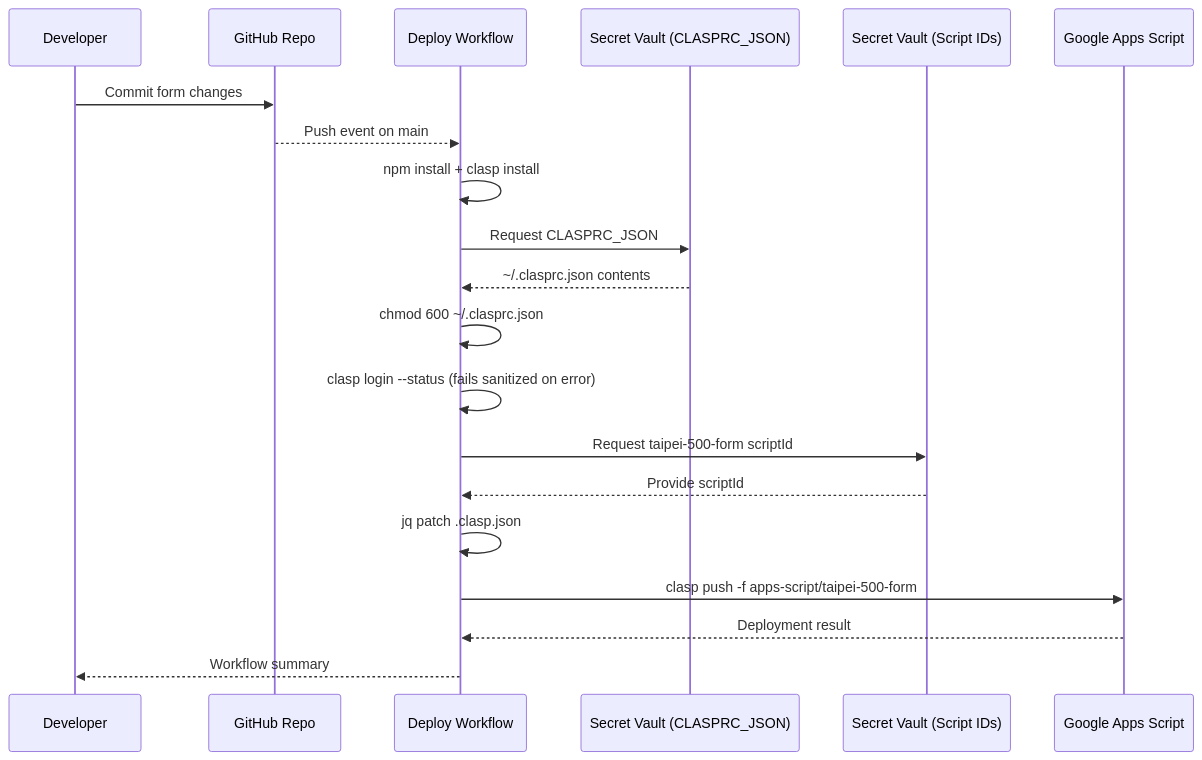
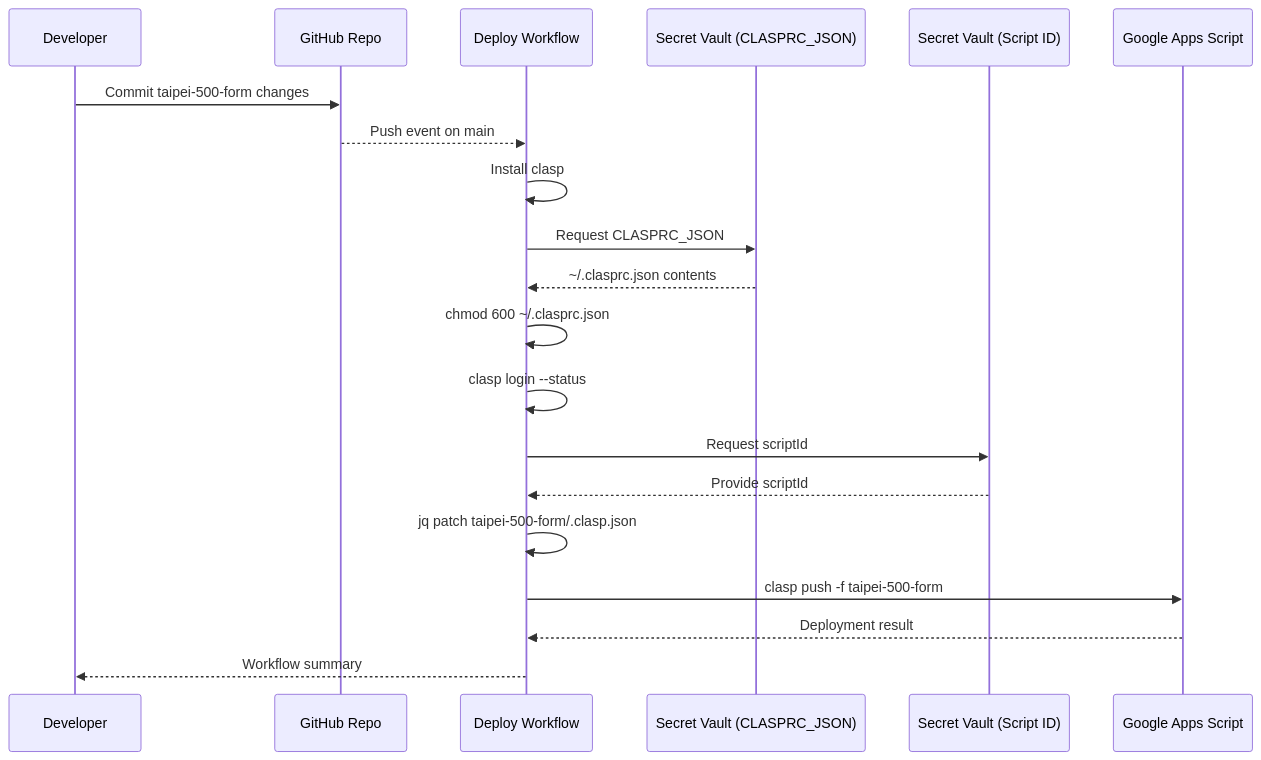
Before and after one commit to muyueh/Codex-web-Google-App-Script: the third of 5 diagrams in README.md, drawn with Mermaid. The commit also changed other lines of this file and 6 other files, not shown here.

Commit message:
Flatten taipei 500 form project layout

````diff
--- a/README.md
+++ b/README.md
@@ -36,22 +38,22 @@
 ```mermaid
 sequenceDiagram
     participant Dev as Developer
     participant Repo as GitHub Repo
     participant CI as Deploy Workflow
     participant Secret as Secret Vault (CLASPRC_JSON)
-    participant ScriptSecret as Secret Vault (Script IDs)
+    participant ScriptSecret as Secret Vault (Script ID)
     participant GAS as Google Apps Script
-    Dev->>Repo: Commit form changes
+    Dev->>Repo: Commit taipei-500-form changes
     Repo-->>CI: Push event on main
-    CI->>CI: npm install + clasp install
+    CI->>CI: Install clasp
     CI->>Secret: Request CLASPRC_JSON
     Secret-->>CI: ~/.clasprc.json contents
     CI->>CI: chmod 600 ~/.clasprc.json
-    CI->>CI: clasp login --status (fails sanitized on error)
-    CI->>ScriptSecret: Request taipei-500-form scriptId
+    CI->>CI: clasp login --status
+    CI->>ScriptSecret: Request scriptId
     ScriptSecret-->>CI: Provide scriptId
-    CI->>CI: jq patch .clasp.json
-    CI->>GAS: clasp push -f apps-script/taipei-500-form
+    CI->>CI: jq patch taipei-500-form/.clasp.json
+    CI->>GAS: clasp push -f taipei-500-form
     GAS-->>CI: Deployment result
     CI-->>Dev: Workflow summary
 ```
````
